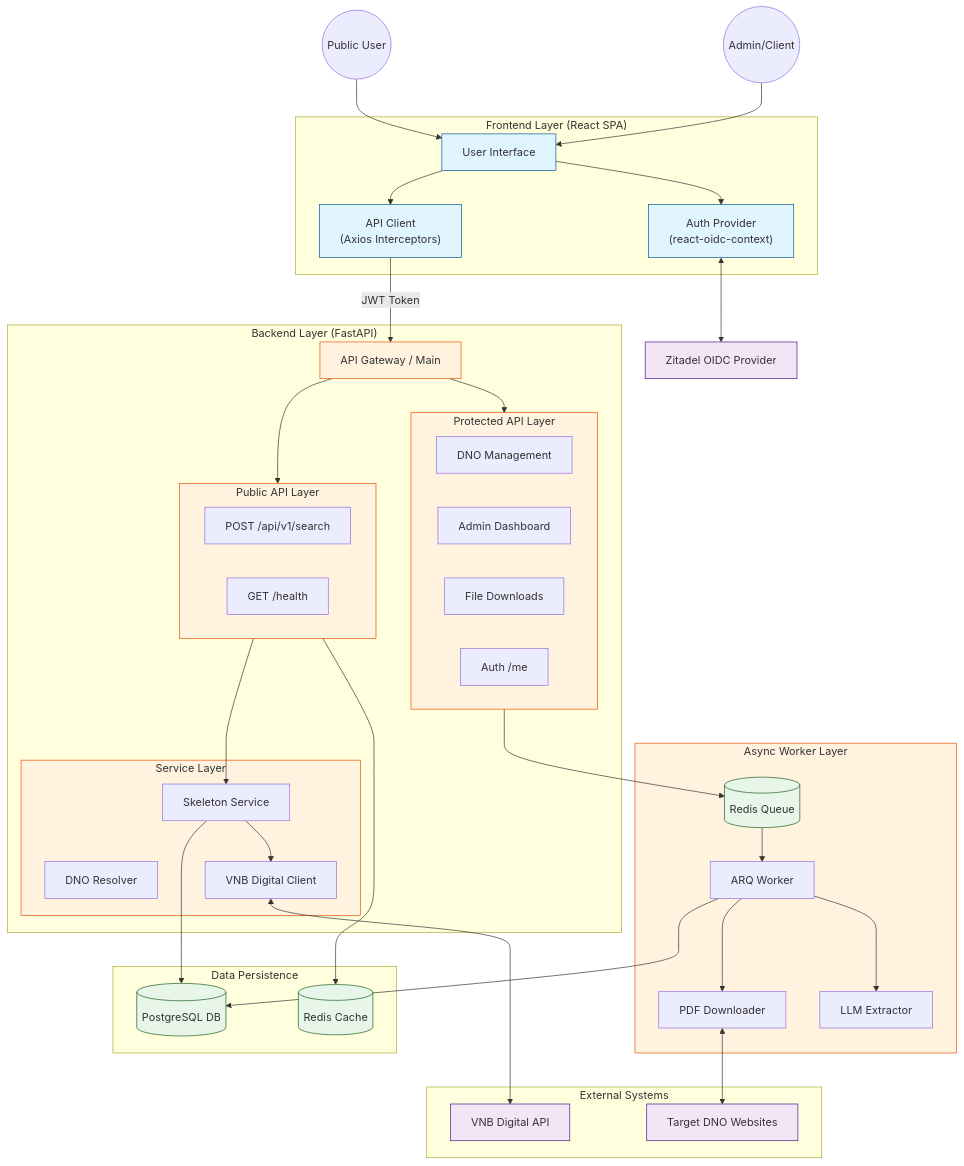
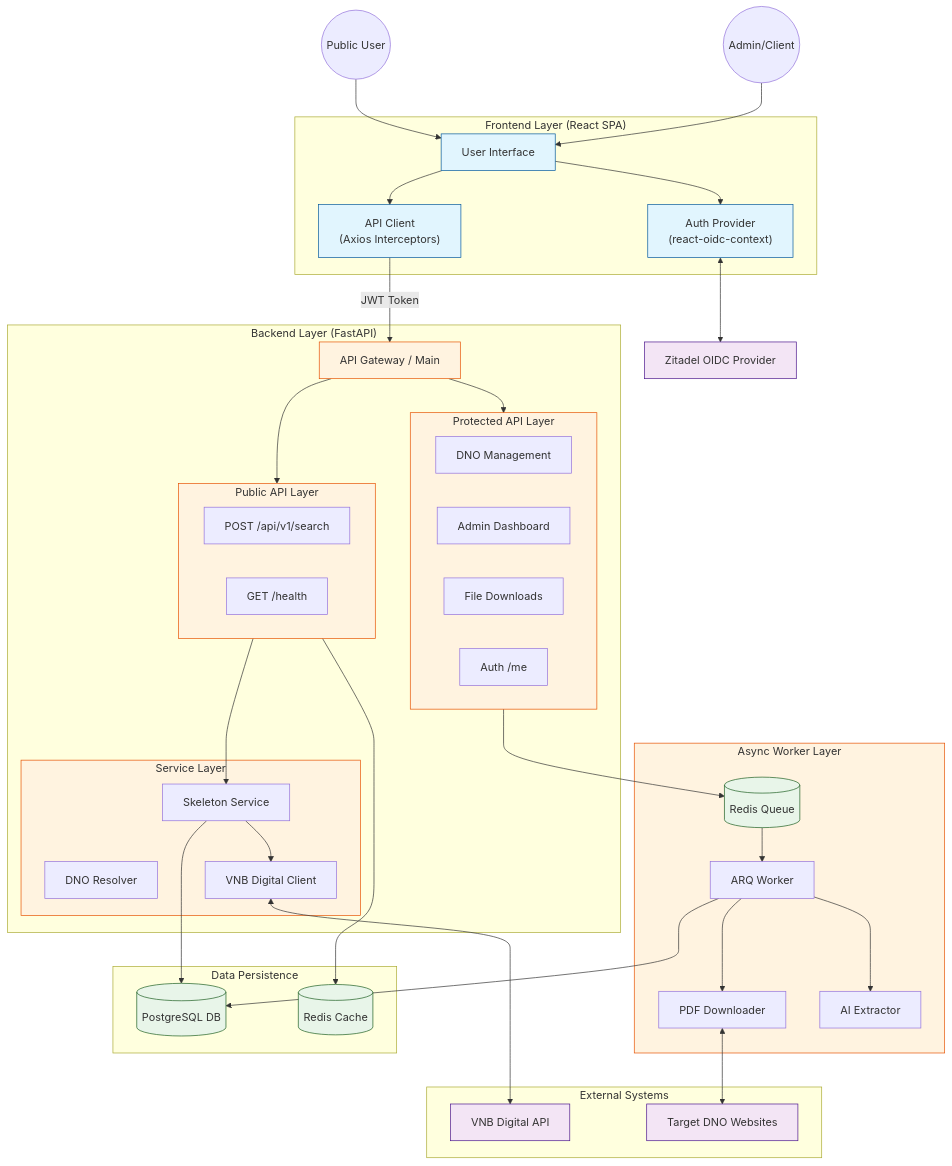
Before and after one commit to KyleDerZweite/dno-crawler: the first of 3 diagrams in ARCHITECTURE.md, drawn with Mermaid. The commit also changed 8 other files, not shown here.

```diff
--- a/ARCHITECTURE.md
+++ b/ARCHITECTURE.md
@@ -51,7 +51,7 @@
         RedisQ[(Redis Queue)]
         Worker[ARQ Worker]
         PDFDownloader[PDF Downloader]
-        LLMExtractor[LLM Extractor]
+        AIExtractor[AI Extractor]
     end
 
     %% Data Layer
@@ -85,7 +85,7 @@
     
     RedisQ --> Worker
     Worker --> PDFDownloader
-    Worker --> LLMExtractor
+    Worker --> AIExtractor
     PDFDownloader <--> TargetSites
     
     SkeletonSvc --> Postgres
```
